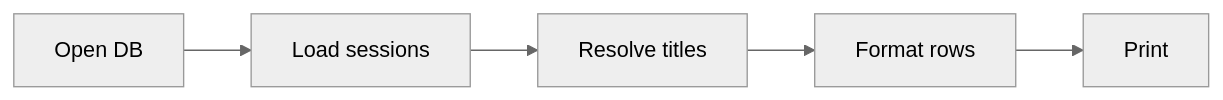
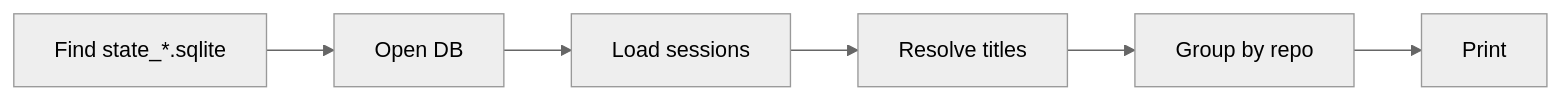
Before and after one commit to lemonbu5h/dexcow: the fourth of 6 diagrams in docs/architecture.md, drawn with Mermaid (neutral theme). The commit also changed other lines of this file and 8 other files, not shown here.

````diff
--- a/docs/architecture.md
+++ b/docs/architecture.md
@@ -33,7 +48,8 @@
 ```mermaid
 flowchart LR
-  A["Open DB"] --> B["Load sessions"]
-  B --> C["Resolve titles"]
-  C --> D["Format rows"]
-  D --> E["Print"]
+  A["Find state_*.sqlite"] --> B["Open DB"]
+  B --> C["Load sessions"]
+  C --> D["Resolve titles"]
+  D --> E["Group by repo"]
+  E --> F["Print"]
 ```
````
